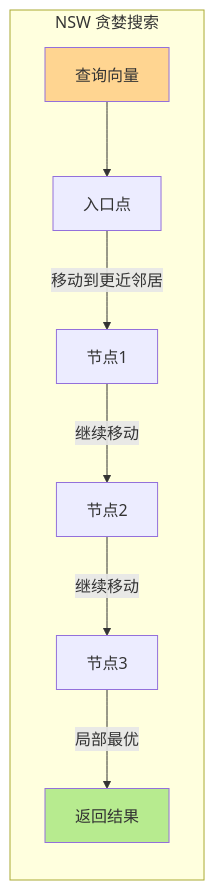
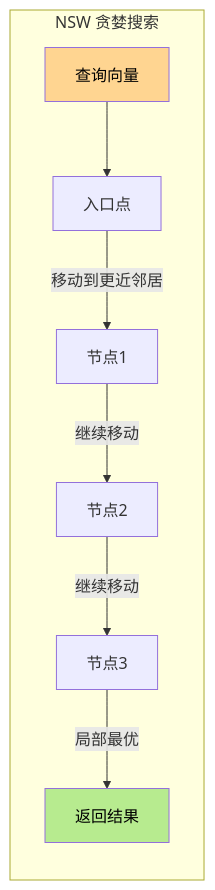
Diagram 15 of 40 in docs/research/003-vector-search-algorithm.md (ThreeFish-AI/agentic-ai-cognizes), drawn with Mermaid before and after one commit. The commit also changed other lines of this file, not shown here.

First line of the commit message:
docs(Research): 优化 LSH 章节说明与图表样式;

````diff
--- a/docs/research/003-vector-search-algorithm.md
+++ b/docs/research/003-vector-search-algorithm.md
@@ -623,13 +637,13 @@
 ```mermaid
 graph LR
     subgraph "NSW 贪婪搜索"
         Q[查询向量] --> E[入口点]
         E --> |"移动到更近邻居"| N1[节点1]
         N1 --> |"继续移动"| N2[节点2]
         N2 --> |"继续移动"| N3[节点3]
         N3 --> |"局部最优"| R[返回结果]
     end
 
-    style Q fill:#ffd591
-    style R fill:#b7eb8f
+    style Q fill:#ffd591,color:#000000
+    style R fill:#b7eb8f,color:#000000
 ```
````
